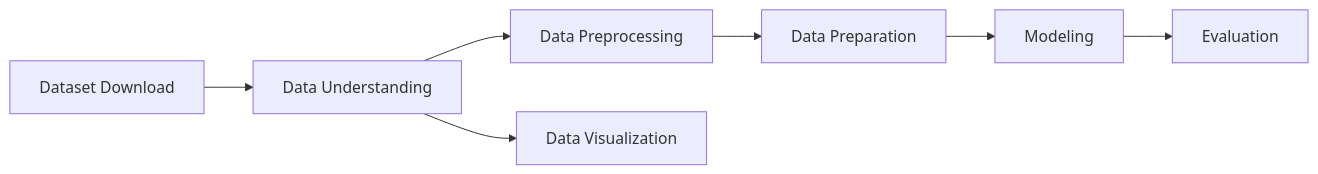
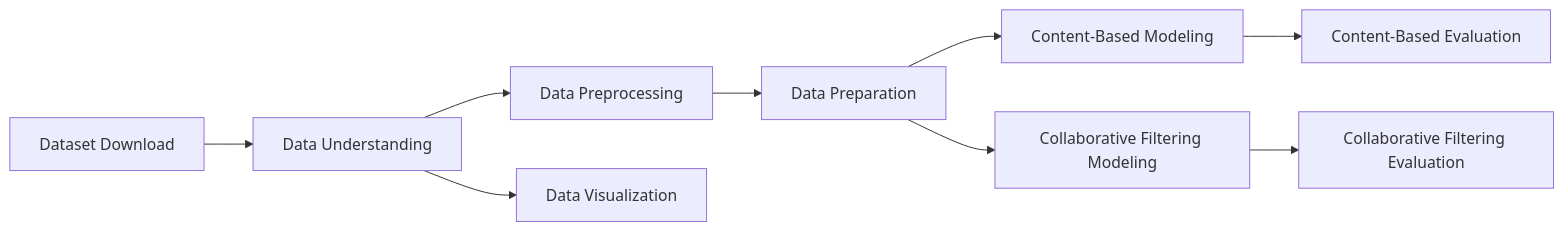
One commit to addsarah/system-recommendation changed the diagram in README.md. Above: the diagram before and after it, drawn with Mermaid. The commit also changed other lines of this file, not shown here.

````diff
--- a/README.md
+++ b/README.md
@@ -46,9 +46,11 @@
 ```mermaid
 flowchart LR
     A[Dataset Download] --> B[Data Understanding]
     B --> C[Data Preprocessing]
     C --> D[Data Preparation]
-    D --> E[Modeling]
-    E --> F[Evaluation]
+    D --> E1[Content-Based Modeling]
+    D --> E2[Collaborative Filtering Modeling]
+    E1 --> F1[Content-Based Evaluation]
+    E2 --> F2[Collaborative Filtering Evaluation]
     B --> G[Data Visualization]
 ```
````
